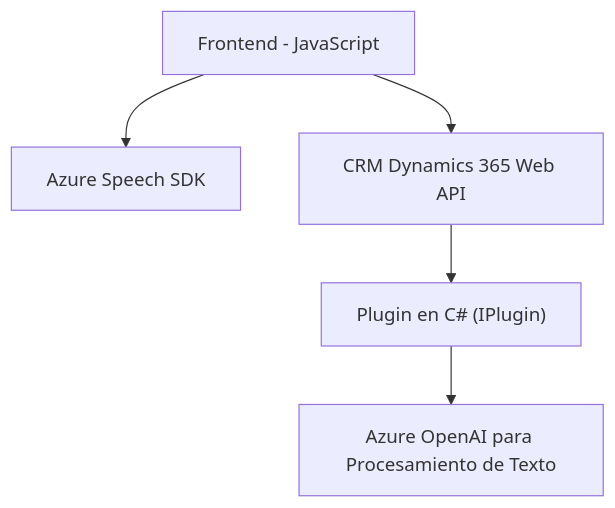
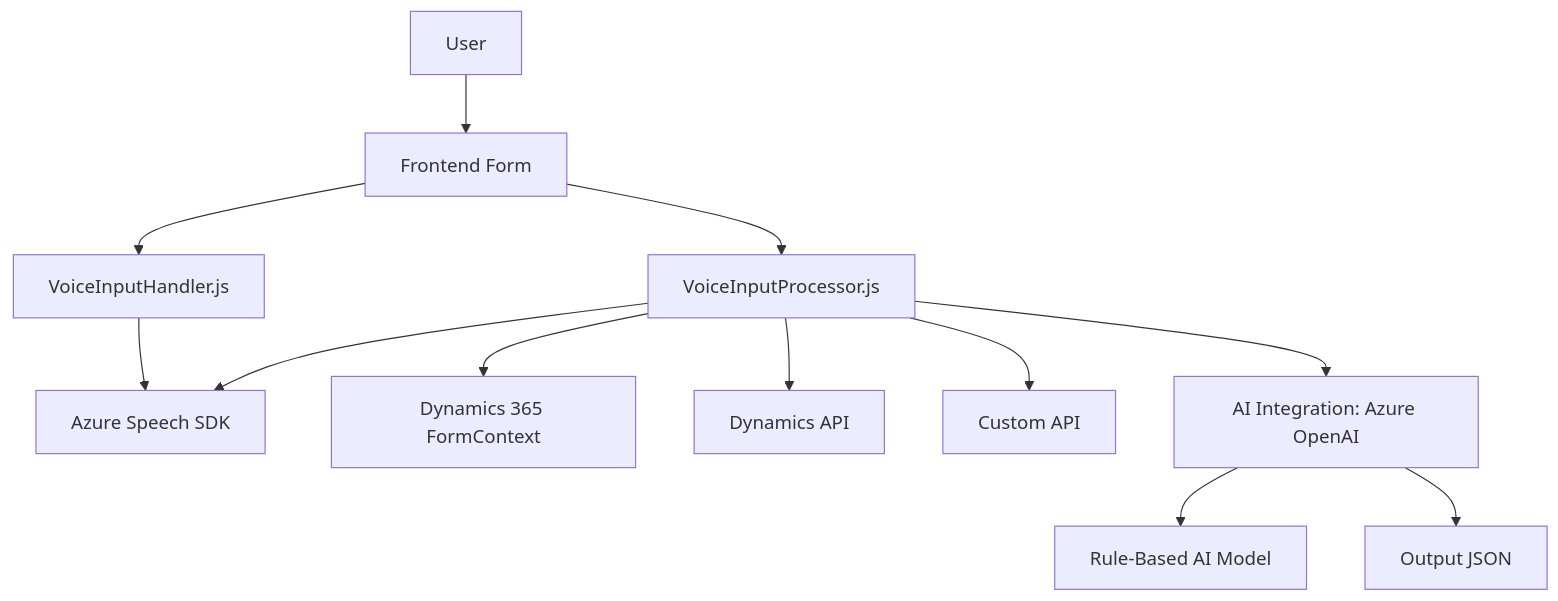
One commit to blopezdm/NETCORE_BILBAO2025 changed the diagram in README.md. Above: the diagram before and after it, drawn with Mermaid. The commit also changed other lines of this file, not shown here.

````diff
--- a/README.md
+++ b/README.md
@@ -33,13 +58,17 @@
 ```mermaid
 graph TD
-    A["Frontend - JavaScript"]
-    B["Azure Speech SDK"]
-    C["CRM Dynamics 365 Web API"]
-    D["Plugin en C# (IPlugin)"]
-    E["Azure OpenAI para Procesamiento de Texto"]
-    
-    A --> B
-    A --> C
-    C --> D
-    D --> E
+    A["User"] --> B["Frontend Form"]
+    B --> C["VoiceInputHandler.js"]
+    B --> D["VoiceInputProcessor.js"]
+
+    C --> K["Azure Speech SDK"]
+    D --> K
+
+    D --> E["Dynamics 365 FormContext"]
+    D --> F["Dynamics API"]
+    D --> G["Custom API"]
+    D --> J["AI Integration: Azure OpenAI"]
+
+    J --> H["Rule-Based AI Model"]
+    J --> I["Output JSON"]
 ```
````
